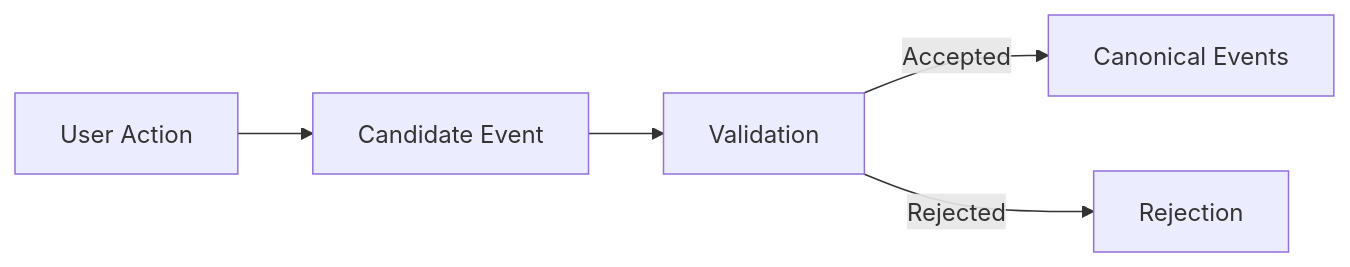
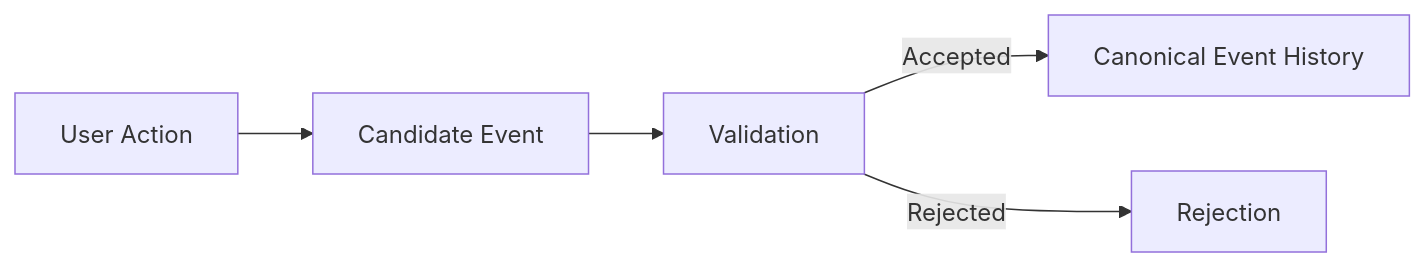
The second of 2 diagrams in CrypSA_Architecture_Overview.md (godofthunder101/crypsa-architecture), drawn with Mermaid before and after one commit. The commit also changed other lines of this file, not shown here.

First line of the commit message:
Refine terminology and clarify architecture overview

````diff
--- a/CrypSA_Architecture_Overview.md
+++ b/CrypSA_Architecture_Overview.md
@@ -154,8 +153,8 @@
 ```mermaid
 flowchart LR
 
 A[User Action] --> B[Candidate Event]
 B --> C[Validation]
-C -->|Accepted| D[Canonical Events]
+C -->|Accepted| D[Canonical Event History]
 C -->|Rejected| E[Rejection]
 ```
````
